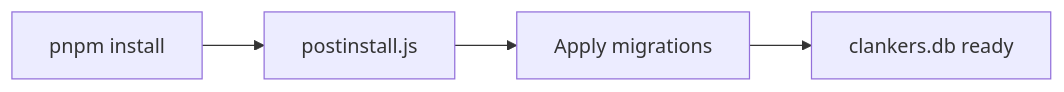
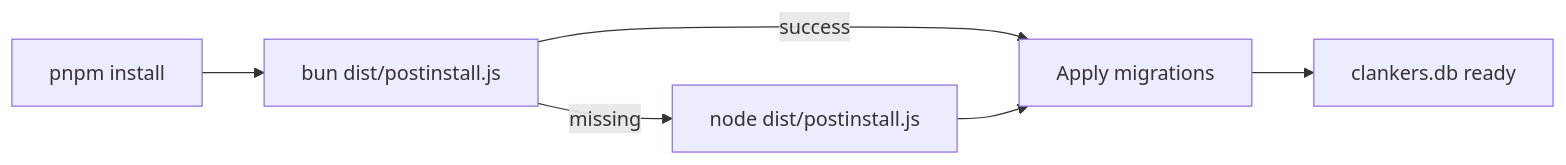
The diagram in lode/installation/postinstall.md (dxta-dev/clankers), drawn with Mermaid before and after one commit. The commit also changed other lines of this file and 25 other files, not shown here.

````diff
--- a/lode/installation/postinstall.md
+++ b/lode/installation/postinstall.md
@@ -26,6 +28,8 @@
 ```mermaid
 flowchart LR
-  Install[pnpm install] --> Postinstall[postinstall.js]
-  Postinstall --> Migrate[Apply migrations]
+  Install[pnpm install] --> BunTry[bun dist/postinstall.js]
+  BunTry -->|success| Migrate[Apply migrations]
+  BunTry -->|missing| NodeRun[node dist/postinstall.js]
+  NodeRun --> Migrate
   Migrate --> Ready[clankers.db ready]
 ```
````
